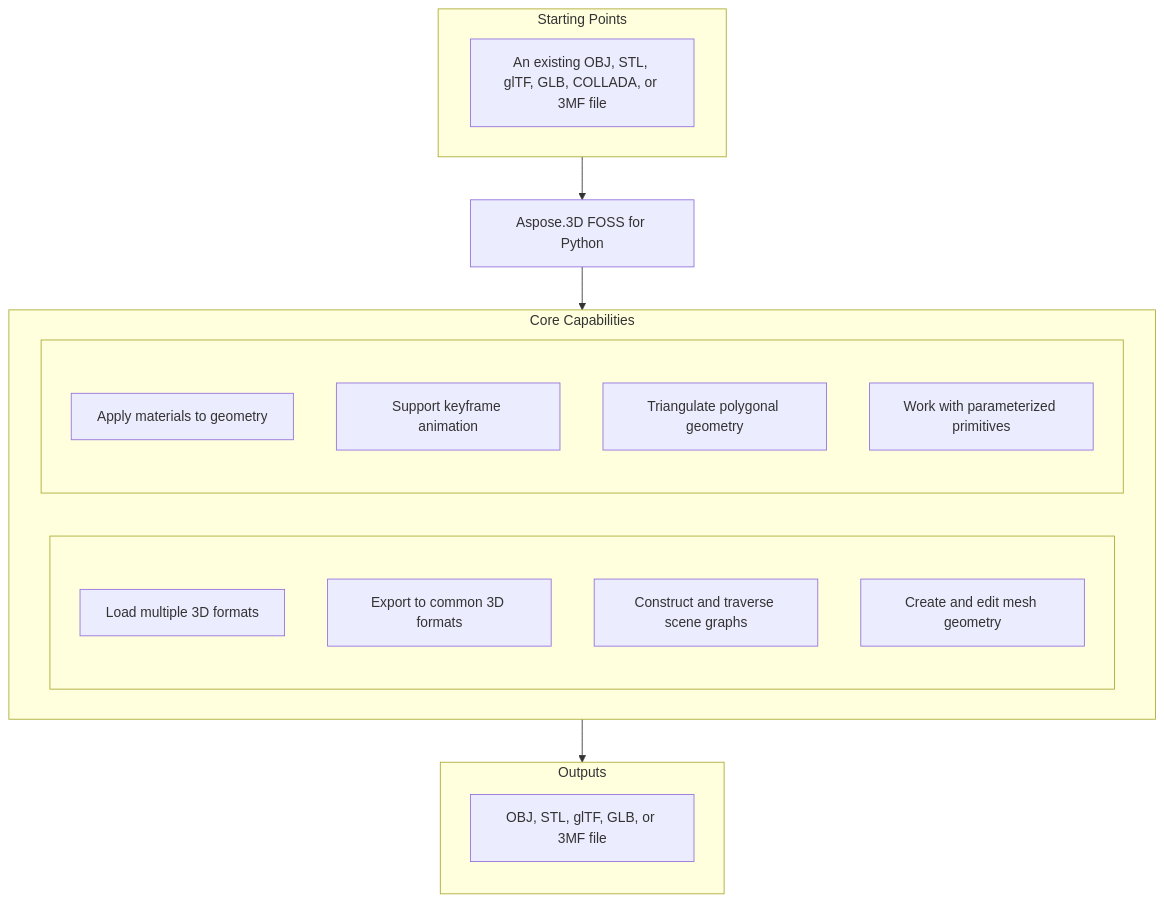
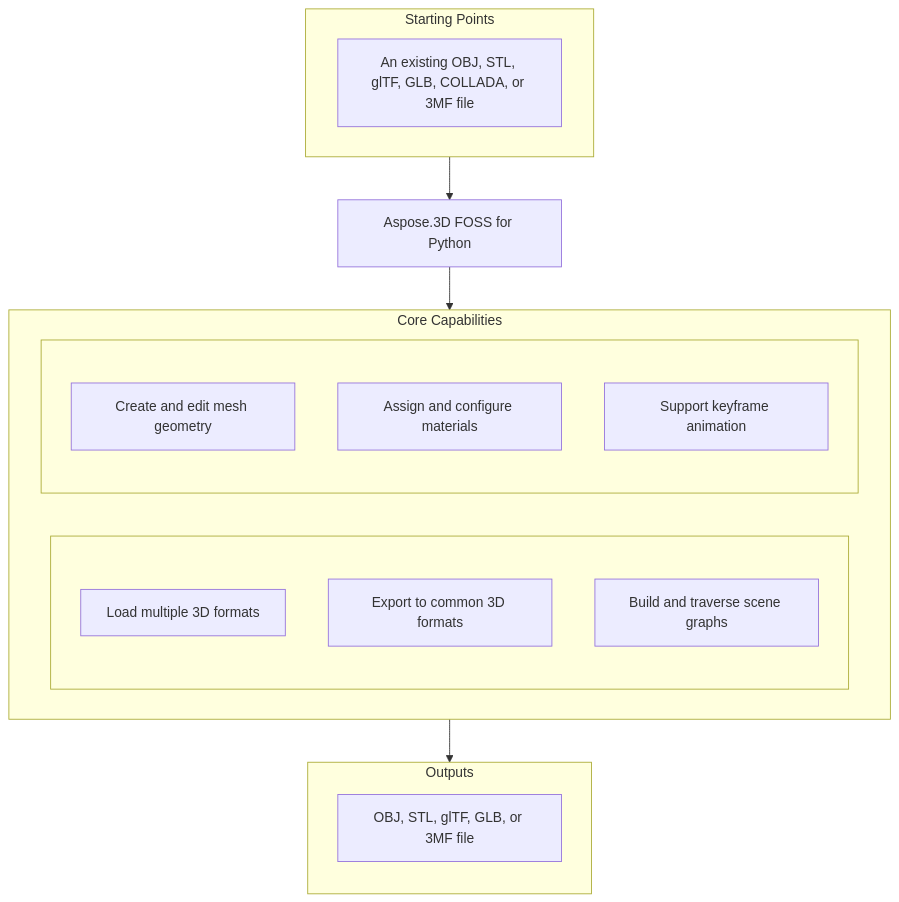
The diagram in candidates/aspose-3d-foss__Aspose.3D-FOSS-for-Python/65b1f577c0f16d0d9112bb6c1153d3024543ac02/README.md (babar-raza/repository-presenter), drawn with Mermaid before and after one commit. The commit also changed other lines of this file and 16 other files, not shown here.

````diff
--- a/candidates/aspose-3d-foss__Aspose.3D-FOSS-for-Python/65b1f577c0f16d0d9112bb6c1153d3024543ac02/README.md
+++ b/candidates/aspose-3d-foss__Aspose.3D-FOSS-for-Python/65b1f577c0f16d0d9112bb6c1153d3024543ac02/README.md
@@ -25,30 +25,28 @@
 ```mermaid
 flowchart TD
   subgraph StartingPoints["Starting Points"]
     direction LR
     i1["An existing OBJ, STL, glTF, GLB, COLLADA, or 3MF file"]
   end
   PRODUCT["Aspose.3D FOSS for Python"]
   subgraph Capabilities["Core Capabilities"]
     direction LR
     subgraph capl[" "]
       direction TB
       c1["Load multiple 3D formats"]
       c2["Export to common 3D formats"]
-      c3["Construct and traverse scene graphs"]
-      c4["Create and edit mesh geometry"]
+      c3["Build and traverse scene graphs"]
     end
     subgraph capr[" "]
       direction TB
-      c5["Apply materials to geometry"]
+      c4["Create and edit mesh geometry"]
+      c5["Assign and configure materials"]
       c6["Support keyframe animation"]
-      c7["Triangulate polygonal geometry"]
-      c8["Work with parameterized primitives"]
     end
   end
   subgraph Outputs["Outputs"]
     direction TB
     o1["OBJ, STL, glTF, GLB, or 3MF file"]
   end
   StartingPoints --> PRODUCT --> Capabilities --> Outputs
 ```
````
